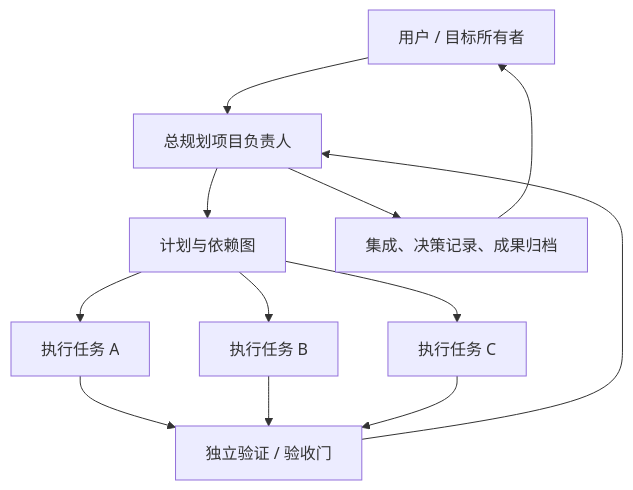
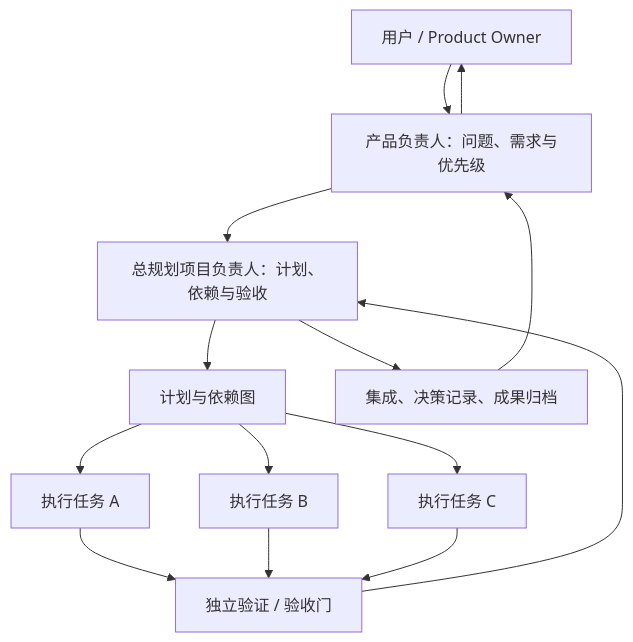
The first of 2 diagrams in docs/OPERATING_MODEL.md (Mrginger1/PixelCrew), drawn with Mermaid before and after one commit. The commit also changed other lines of this file and 22 other files, not shown here.

````diff
--- a/docs/OPERATING_MODEL.md
+++ b/docs/OPERATING_MODEL.md
@@ -5,14 +5,16 @@
 ```mermaid
 flowchart TD
-  U[用户 / 目标所有者] --> L[总规划项目负责人]
+  U[用户 / Product Owner] --> PM[产品负责人：问题、需求与优先级]
+  PM --> L[总规划项目负责人：计划、依赖与验收]
   L --> P[计划与依赖图]
   P --> W1[执行任务 A]
   P --> W2[执行任务 B]
   P --> W3[执行任务 C]
   W1 --> V[独立验证 / 验收门]
   W2 --> V
   W3 --> V
   V --> L
   L --> R[集成、决策记录、成果归档]
-  R --> U
+  R --> PM
+  PM --> U
 ```
````
